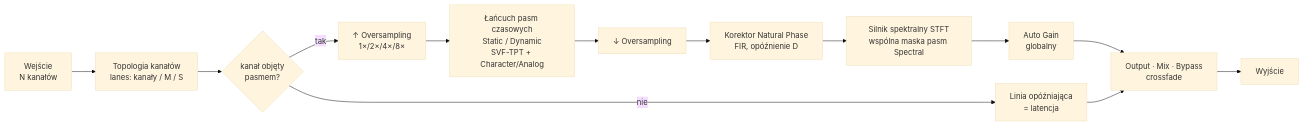
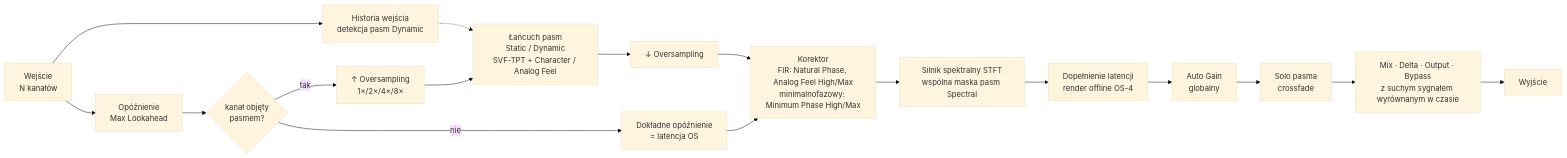
The first of 2 diagrams in docs/architecture.md (ffsfdfhbdg01/Sam-spectral-control), drawn with Mermaid (base theme) before and after one commit. The commit also changed other lines of this file and 8 other files, not shown here.

````diff
--- a/docs/architecture.md
+++ b/docs/architecture.md
@@ -14,15 +14,19 @@
 ```mermaid
 flowchart LR
-    IN[Wejście<br/>N kanałów] --> TOPO[Topologia kanałów<br/>lanes: kanały / M / S]
-    TOPO --> BYP{kanał objęty<br/>pasmem?}
-    BYP -- nie --> DLY[Linia opóźniająca<br/>= latencja]
+    IN[Wejście<br/>N kanałów] --> HIST[Historia wejścia<br/>detekcja pasm Dynamic]
+    IN --> LA[Opóźnienie<br/>Max Lookahead]
+    LA --> BYP{kanał objęty<br/>pasmem?}
+    BYP -- nie --> DLY[Dokładne opóźnienie<br/>= latencja OS]
     BYP -- tak --> UP[↑ Oversampling<br/>1×/2×/4×/8×]
-    UP --> CHAIN[Łańcuch pasm czasowych<br/>Static / Dynamic<br/>SVF-TPT + Character/Analog]
+    HIST -.-> CHAIN
+    UP --> CHAIN[Łańcuch pasm<br/>Static / Dynamic<br/>SVF-TPT + Character / Analog Feel]
     CHAIN --> DOWN[↓ Oversampling]
-    DOWN --> NP[Korektor Natural Phase<br/>FIR, opóźnienie D]
+    DOWN --> NP[Korektor<br/>FIR: Natural Phase, Analog Feel High/Max<br/>minimalnofazowy: Minimum Phase High/Max]
+    DLY --> NP
     NP --> STFT[Silnik spektralny STFT<br/>wspólna maska pasm Spectral]
-    STFT --> AG[Auto Gain<br/>globalny]
-    AG --> MIX[Output · Mix · Bypass<br/>crossfade]
-    DLY --> MIX
+    STFT --> PAD[Dopełnienie latencji<br/>render offline OS-4]
+    PAD --> AG[Auto Gain<br/>globalny]
+    AG --> SOLO[Solo pasma<br/>crossfade]
+    SOLO --> MIX[Mix · Delta · Output · Bypass<br/>z suchym sygnałem wyrównanym w czasie]
     MIX --> OUT[Wyjście]
 ```
````
